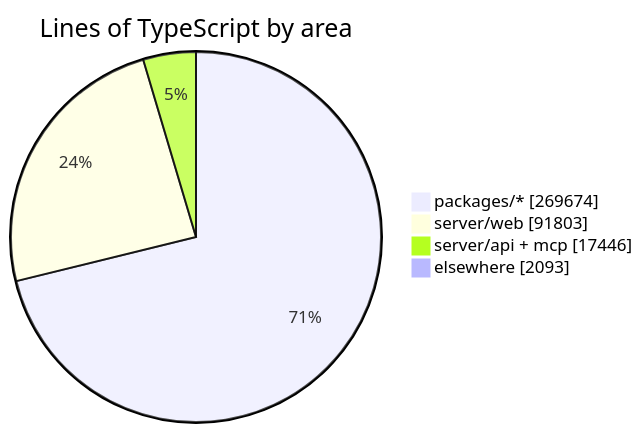
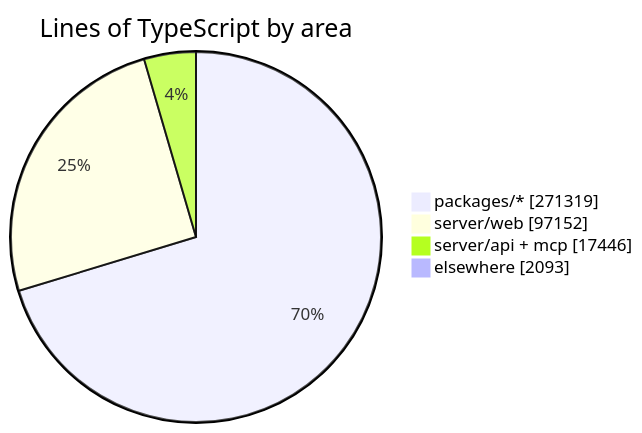
Before and after one commit to crossworks-engineering/mantle: the diagram in README.md, drawn with Mermaid. The commit also changed other lines of this file and 2 other files, not shown here.

````diff
--- a/README.md
+++ b/README.md
@@ -287,7 +287,7 @@
 ```mermaid
 pie showData title Lines of TypeScript by area
-    "packages/*" : 269674
-    "server/web" : 91803
+    "packages/*" : 271319
+    "server/web" : 97152
     "server/api + mcp" : 17446
     "elsewhere" : 2093
 ```
````
